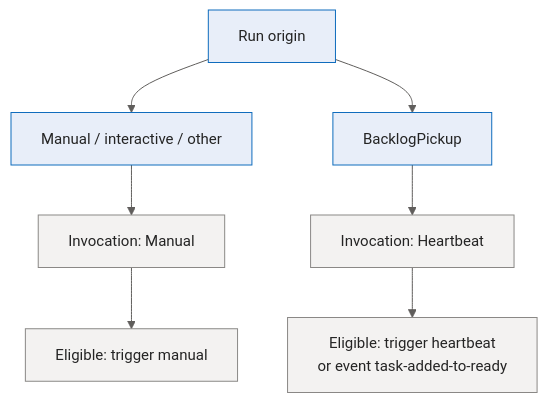
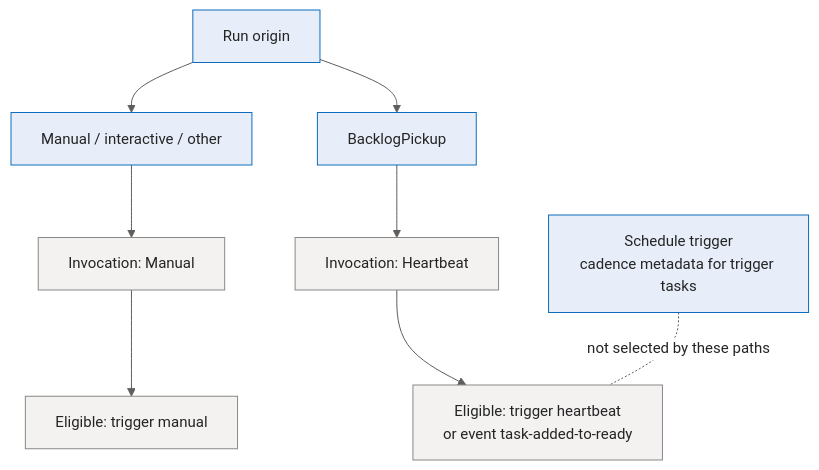
Before and after one commit to sabbour/agentweaver: the sixth of 11 diagrams in docs/deep-dive/workflow-engine.md, drawn with Mermaid. The commit also changed other lines of this file and 12 other files, not shown here.

````diff
--- a/docs/deep-dive/workflow-engine.md
+++ b/docs/deep-dive/workflow-engine.md
@@ -300,25 +302,27 @@
 ```mermaid
 %%{init: {'theme':'base','themeVariables':{'fontFamily':'Segoe UI, system-ui, -apple-system, sans-serif','fontSize':'15px','primaryColor':'#E8EEF9','primaryBorderColor':'#0F6CBD','primaryTextColor':'#242424','lineColor':'#605E5C','clusterBkg':'#FAF9F8','clusterBorder':'#D2D0CE','edgeLabelBackground':'#FFFFFF'}}}%%
 flowchart TD
     RunOrigin[Run origin]
     ManualStart[Manual / interactive / other]
     BacklogPickup[BacklogPickup]
     ManualKind[Invocation: Manual]
     HeartbeatKind[Invocation: Heartbeat]
     ManualEligible[Eligible: trigger manual]
     HeartbeatEligible[Eligible: trigger heartbeat<br/>or event task-added-to-ready]
+    ScheduleTrigger[Schedule trigger<br/>cadence metadata for trigger tasks]
 
     RunOrigin --> ManualStart --> ManualKind --> ManualEligible
     RunOrigin --> BacklogPickup --> HeartbeatKind --> HeartbeatEligible
+    ScheduleTrigger -. not selected by these paths .- HeartbeatEligible
 
     classDef client fill:#E8EEF9,stroke:#0F6CBD,stroke-width:1px,color:#242424;
     classDef svc fill:#F3F2F1,stroke:#8A8886,stroke-width:1px,color:#242424;
     classDef core fill:#CFE4FA,stroke:#0F6CBD,stroke-width:2px,color:#242424;
     classDef data fill:#FFF4CE,stroke:#C19C00,stroke-width:1px,color:#242424;
     classDef ext fill:#F0E8F8,stroke:#8764B8,stroke-width:1px,color:#242424;
     classDef runtime fill:#DDF3DD,stroke:#107C10,stroke-width:1px,color:#242424;
     classDef evt fill:#D6F0F0,stroke:#038387,stroke-width:1px,color:#242424;
 
     class RunOrigin,ManualStart,BacklogPickup client;
     class ManualKind,HeartbeatKind,ManualEligible,HeartbeatEligible svc;
 ```
````
